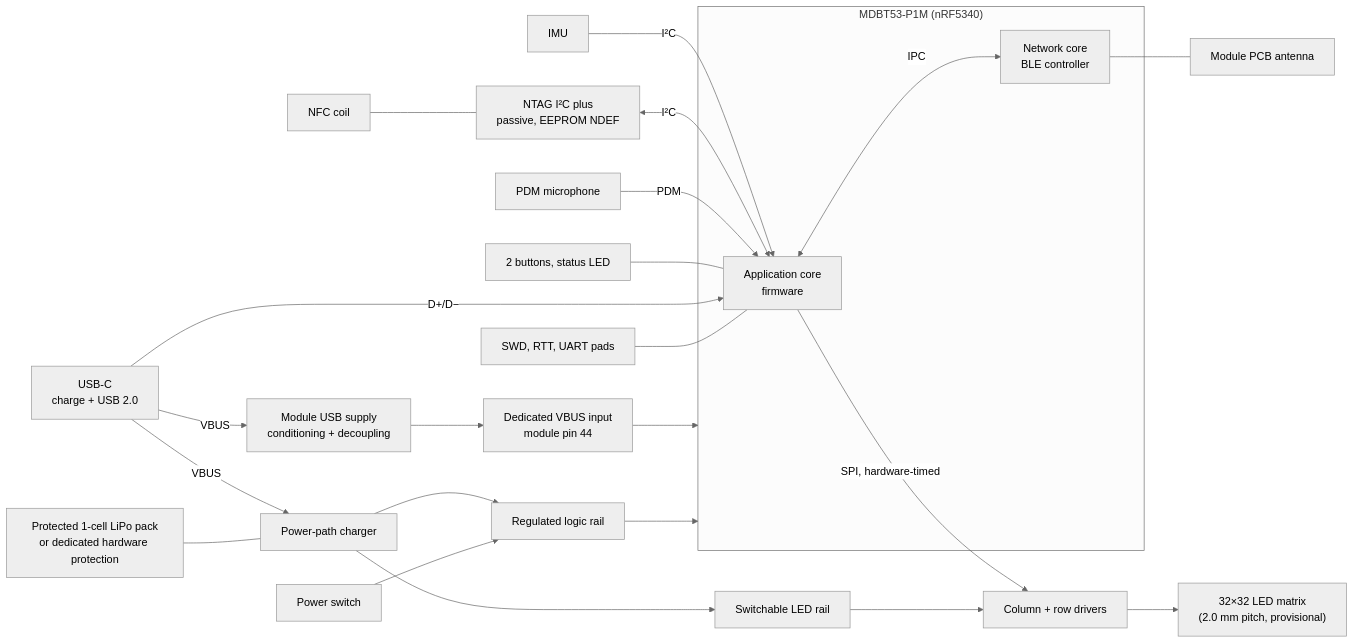
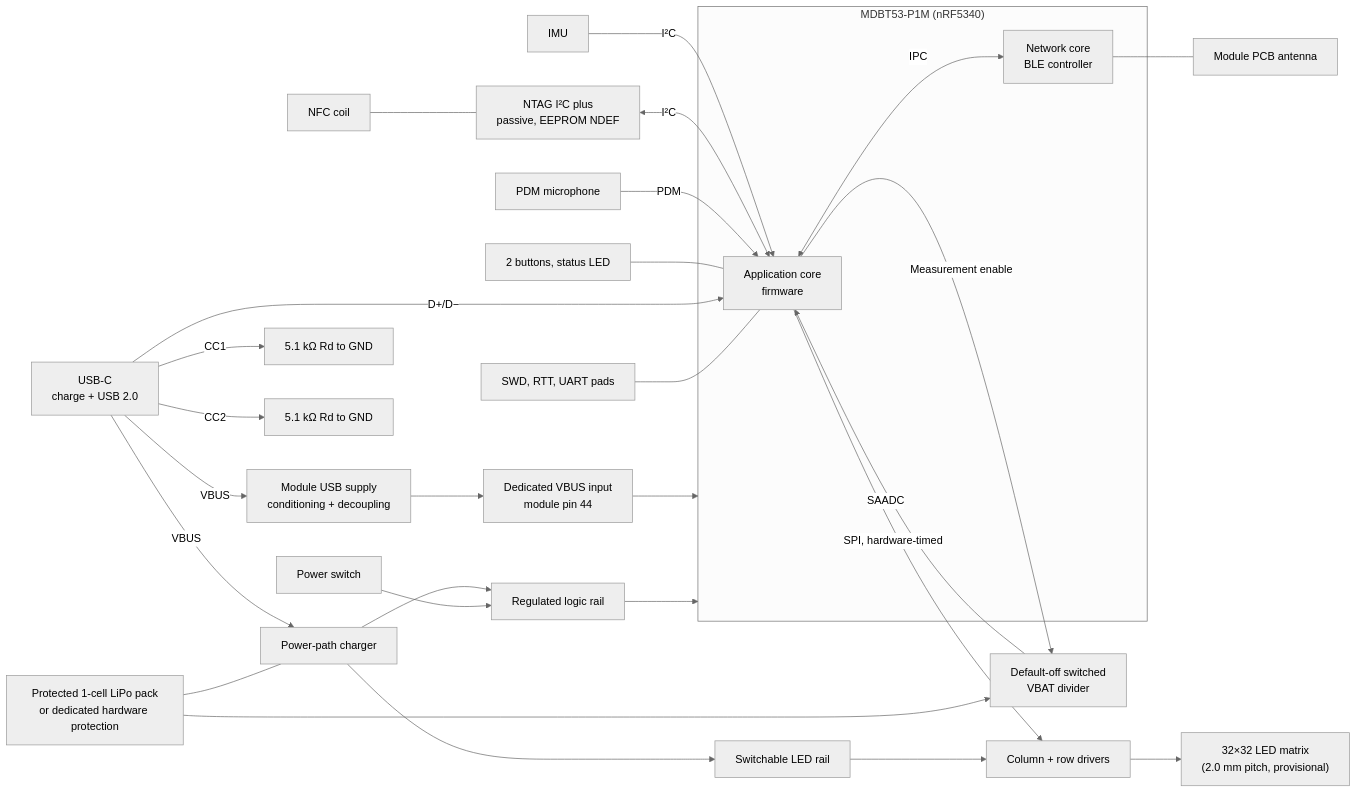
Before and after one commit to zgeez/Pixel-Badge: the diagram in docs/architecture.md, drawn with Mermaid (neutral theme). The commit also changed other lines of this file and 8 other files, not shown here.

````diff
--- a/docs/architecture.md
+++ b/docs/architecture.md
@@ -25,31 +25,36 @@
 ```mermaid
 flowchart LR
     subgraph MOD["MDBT53-P1M (nRF5340)"]
         APP["Application core<br/>firmware"]
         NET["Network core<br/>BLE controller"]
         APP <-->|IPC| NET
     end
     NET --- ANT["Module PCB antenna"]
 
     APP -->|"SPI, hardware-timed"| DRV["Column + row drivers"]
     DRV --> MATRIX["32×32 LED matrix<br/>(2.0 mm pitch, provisional)"]
     IMU["IMU"] -->|I²C| APP
     NFC["NTAG I²C plus<br/>passive, EEPROM NDEF"] <-->|I²C| APP
     COIL["NFC coil"] --- NFC
     MIC["PDM microphone"] -->|PDM| APP
     UI["2 buttons, status LED"] --- APP
 
     USB["USB-C<br/>charge + USB 2.0"] -->|VBUS| CHG["Power-path charger"]
+    USB -->|CC1| RD1["5.1 kΩ Rd to GND"]
+    USB -->|CC2| RD2["5.1 kΩ Rd to GND"]
     USB -->|VBUS| USBPWR["Module USB supply<br/>conditioning + decoupling"]
     USBPWR --> VBUS["Dedicated VBUS input<br/>module pin 44"]
     VBUS --> MOD
     USB -->|D+/D−| APP
     BATT["Protected 1-cell LiPo pack<br/>or dedicated hardware protection"] --- CHG
+    BATT --> SENSE["Default-off switched<br/>VBAT divider"]
+    SENSE -->|SAADC| APP
+    APP -->|Measurement enable| SENSE
     CHG --> LOGIC["Regulated logic rail"]
     CHG --> LED["Switchable LED rail"]
     SW["Power switch"] --> LOGIC
     LOGIC --> MOD
     LED --> DRV
 
     DBG["SWD, RTT, UART pads"] --- APP
 ```
````
